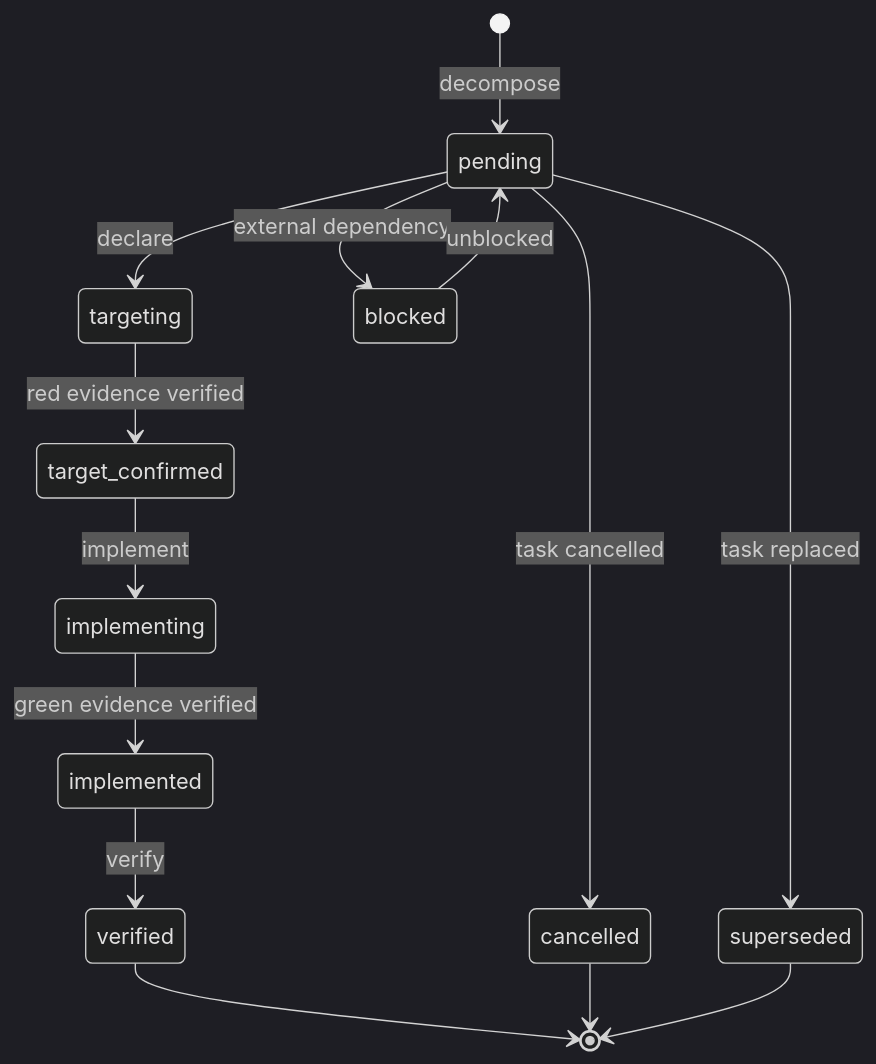
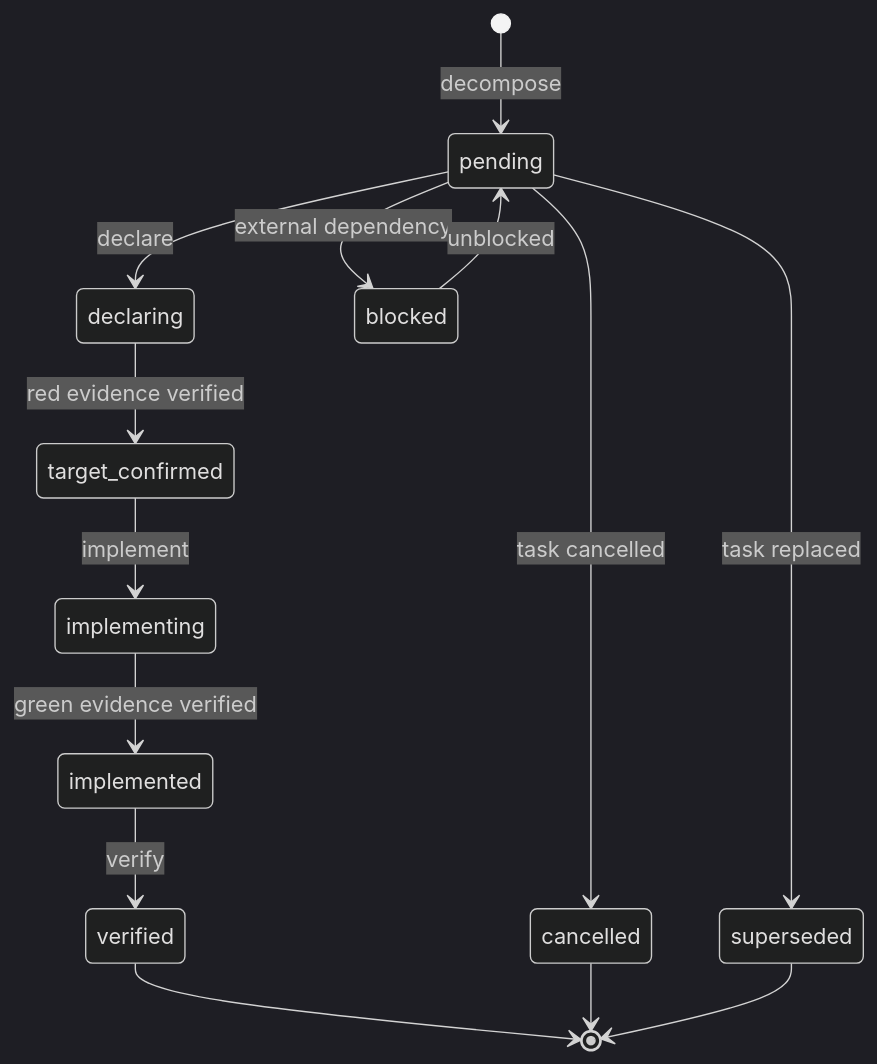
Before and after one commit to gste/deltafuse: the third of 5 diagrams in docs/state-machine.md, drawn with Mermaid (dark theme). The commit also changed other lines of this file and 68 other files, not shown here.

Commit message:
DF3-008: schema v3, declare-aligned vocabulary, fail-closed version validation

````diff
--- a/docs/state-machine.md
+++ b/docs/state-machine.md
@@ -114,18 +114,18 @@
 ```mermaid
 stateDiagram-v2
     [*] --> pending: decompose
-    pending --> targeting: declare
-    targeting --> target_confirmed: red evidence verified
+    pending --> declaring: declare
+    declaring --> target_confirmed: red evidence verified
     target_confirmed --> implementing: implement
     implementing --> implemented: green evidence verified
     implemented --> verified: verify
     
     pending --> blocked: external dependency
     blocked --> pending: unblocked
     pending --> cancelled: task cancelled
     pending --> superseded: task replaced
     
     verified --> [*]
     cancelled --> [*]
     superseded --> [*]
 ```
````
